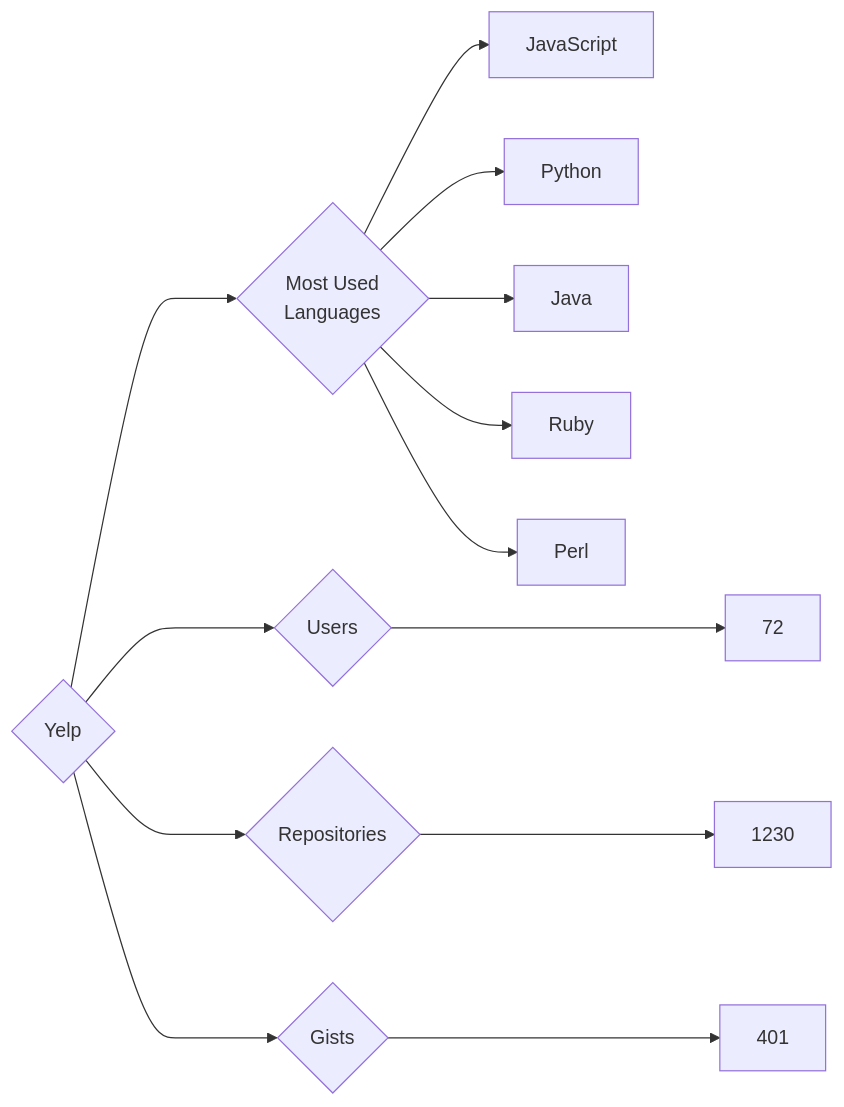
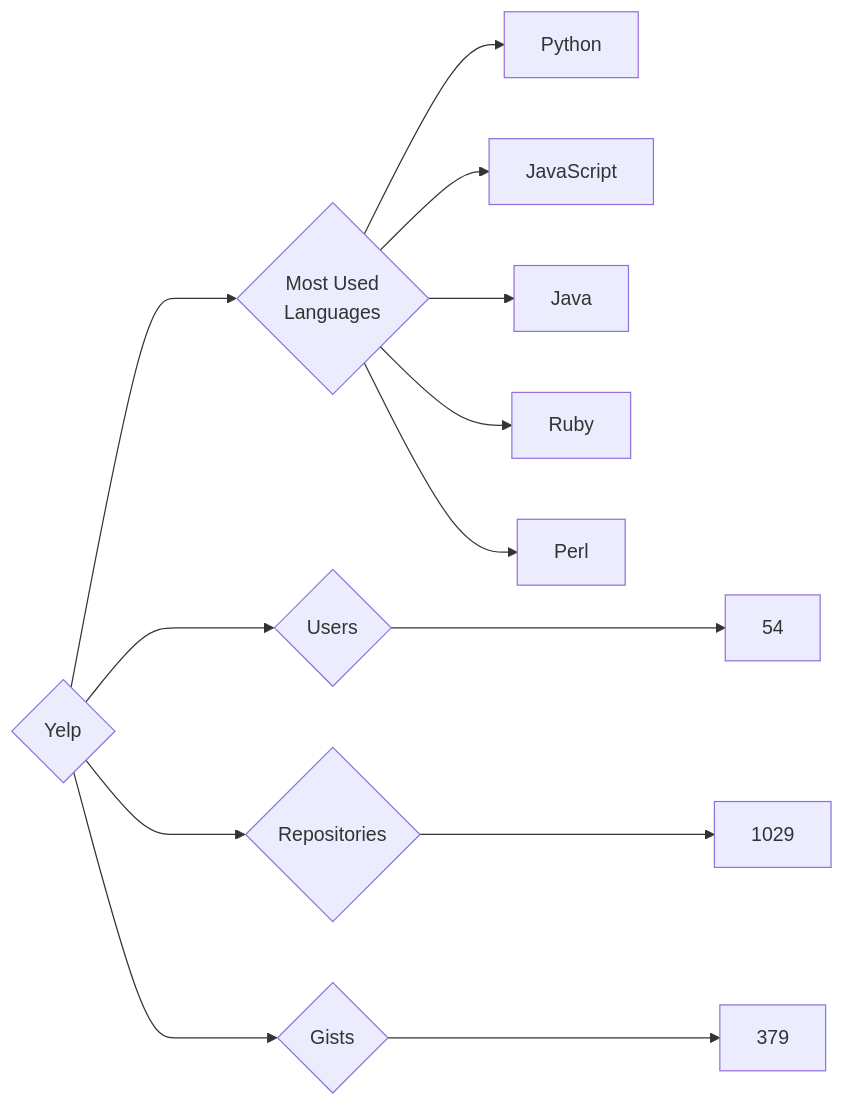
Before and after one commit to trickest/insiders: the diagram in targets/Yelp/README.md, drawn with Mermaid. The commit also changed 940 other files, not shown here.

````diff
--- a/targets/Yelp/README.md
+++ b/targets/Yelp/README.md
@@ -3,13 +3,13 @@
 ```mermaid
 graph LR
 COMPANY_NAME{Yelp}
-COMPANY_NAME ---> U{Users} ---> UN[72]
-COMPANY_NAME ---> R{Repositories} ---> RN[1230]
-COMPANY_NAME ---> G{Gists} ---> GN[401]
+COMPANY_NAME ---> U{Users} ---> UN[54]
+COMPANY_NAME ---> R{Repositories} ---> RN[1029]
+COMPANY_NAME ---> G{Gists} ---> GN[379]
 COMPANY_NAME ---> ML{Most Used<br>Languages}
+ML --> Python[Python]
 ML --> JavaScript[JavaScript]
-ML --> Python[Python]
 ML --> Java[Java]
 ML --> Ruby[Ruby]
 ML --> Perl[Perl]
 ```
````
